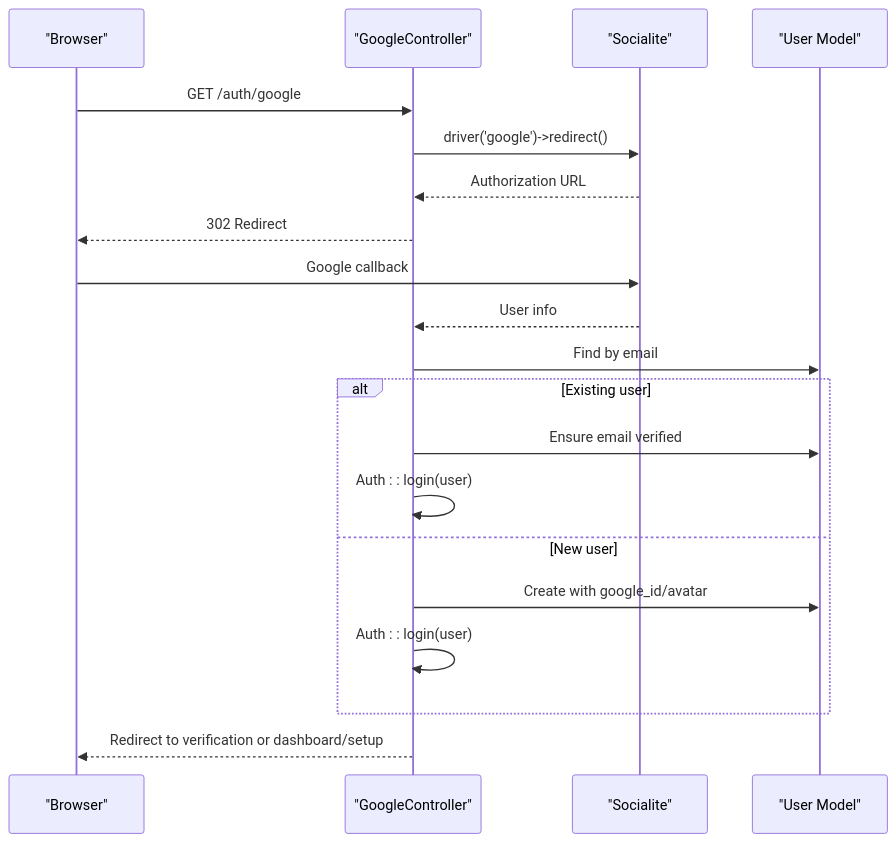
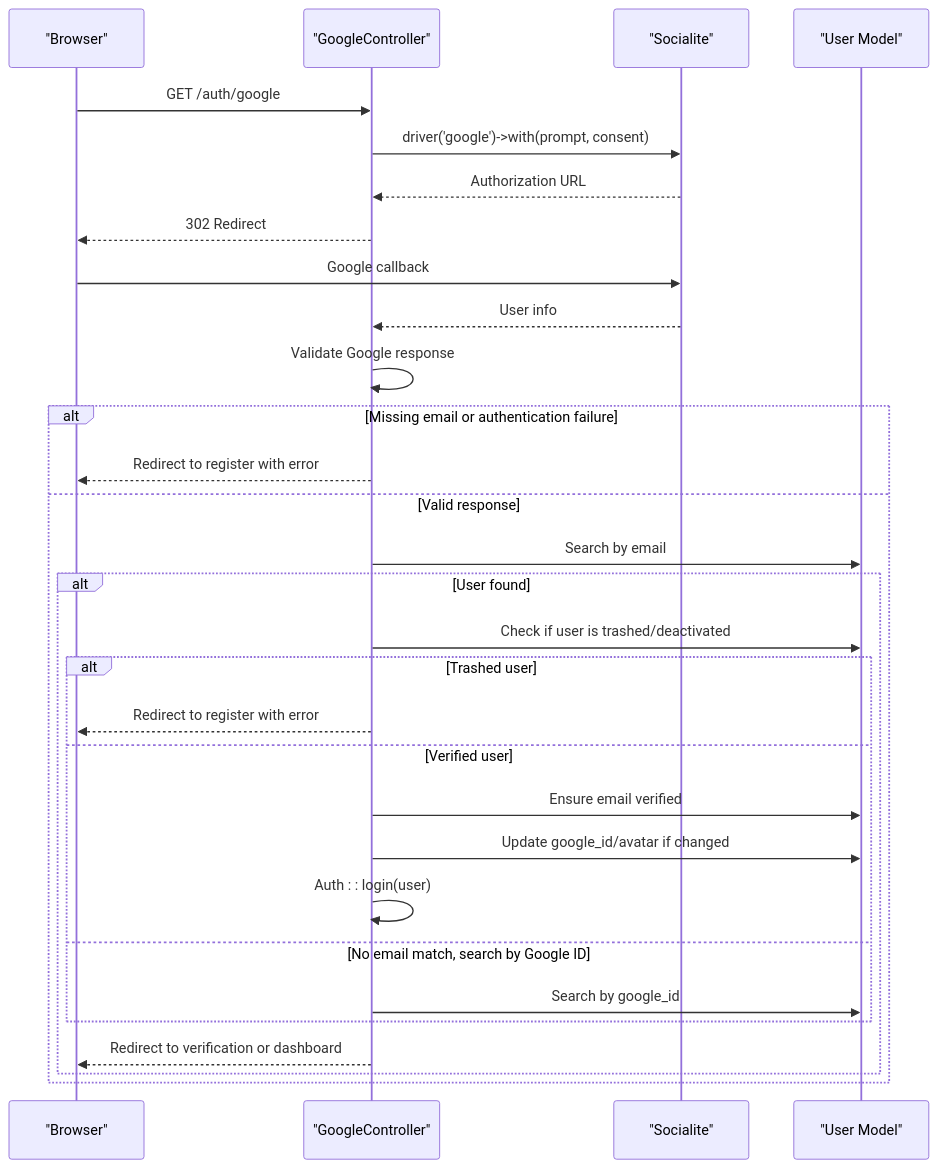
The fifth of 11 diagrams in .qoder/repowiki/en/content/Authentication & Authorization/Authentication & Authorization.md (younesgamer68/helpdesk-system), drawn with Mermaid before and after one commit. The commit also changed other lines of this file and 12 other files, not shown here.

````diff
--- a/.qoder/repowiki/en/content/Authentication & Authorization/Authentication & Authorization.md
+++ b/.qoder/repowiki/en/content/Authentication & Authorization/Authentication & Authorization.md
@@ -291,22 +333,32 @@
 ```mermaid
 sequenceDiagram
 participant Client as "Browser"
 participant GC as "GoogleController"
 participant Social as "Socialite"
 participant User as "User Model"
 Client->>GC : GET /auth/google
-GC->>Social : driver('google')->redirect()
+GC->>Social : driver('google')->with(prompt, consent)
 Social-->>GC : Authorization URL
 GC-->>Client : 302 Redirect
 Client->>Social : Google callback
 Social-->>GC : User info
-GC->>User : Find by email
-alt Existing user
+GC->>GC : Validate Google response
+alt Missing email or authentication failure
+GC-->>Client : Redirect to register with error
+else Valid response
+GC->>User : Search by email
+alt User found
+GC->>User : Check if user is trashed/deactivated
+alt Trashed user
+GC-->>Client : Redirect to register with error
+else Verified user
 GC->>User : Ensure email verified
+GC->>User : Update google_id/avatar if changed
 GC->>GC : Auth : : login(user)
-else New user
-GC->>User : Create with google_id/avatar
-GC->>GC : Auth : : login(user)
+else No email match, search by Google ID
+GC->>User : Search by google_id
 end
-GC-->>Client : Redirect to verification or dashboard/setup
+GC-->>Client : Redirect to verification or dashboard
+end
+end
 ```
````
